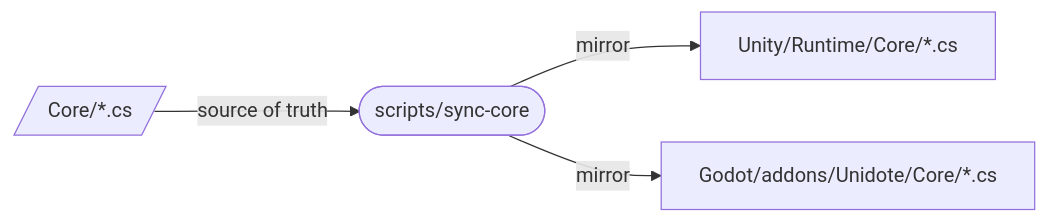
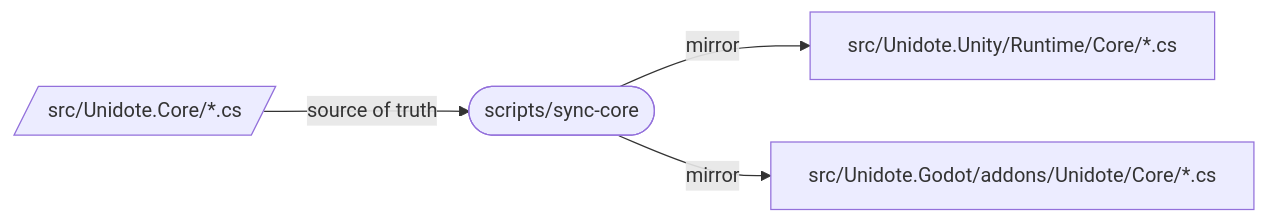
The first of 3 diagrams in docs/architecture.md (Shilo/unidote), drawn with Mermaid before and after one commit. The commit also changed other lines of this file and 29 other files, not shown here.

````diff
--- a/docs/architecture.md
+++ b/docs/architecture.md
@@ -9,12 +9,12 @@
 ```mermaid
 flowchart LR
     direction LR
-    C[/Core/*.cs/]
-    U[Unity/Runtime/Core/*.cs]
-    G[Godot/addons/Unidote/Core/*.cs]
+    C[/src/Unidote.Core/*.cs/]
+    U[src/Unidote.Unity/Runtime/Core/*.cs]
+    G[src/Unidote.Godot/addons/Unidote/Core/*.cs]
     S([scripts/sync-core])
 
     C -- source of truth --> S
     S -- mirror --> U
     S -- mirror --> G
 ```
````
